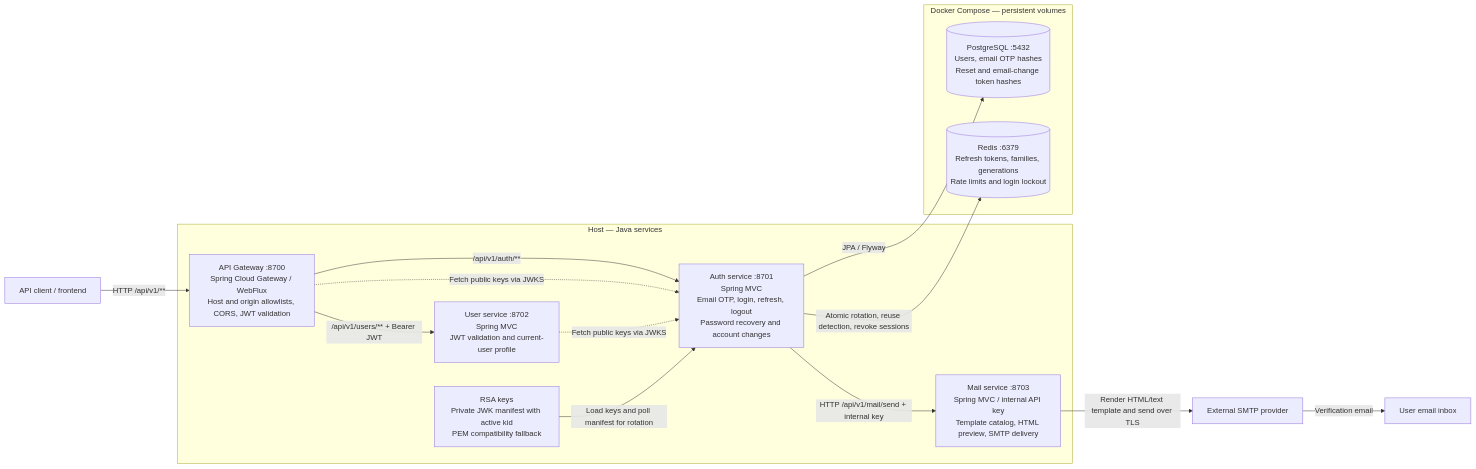
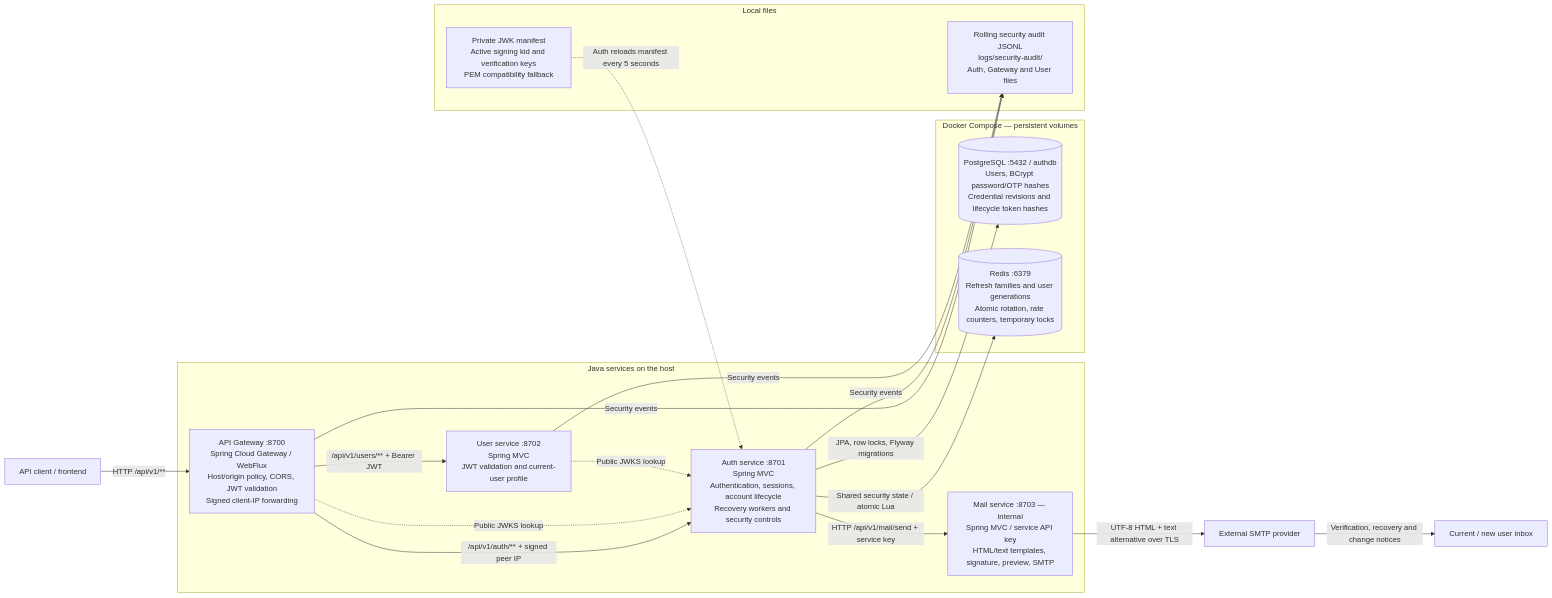
Before and after one commit to Sanglm2207/hybrid-auth-platform: the first of 3 diagrams in README.md, drawn with Mermaid. The commit also changed other lines of this file, not shown here.

Commit message:
docs: update architecture diagrams for mail, security and account lifecycle

````diff
--- a/README.md
+++ b/README.md
@@ -19,32 +19,39 @@
 ```mermaid
 flowchart LR
     client["API client / frontend"]
 
-    subgraph host["Host — Java services"]
-        gateway["API Gateway :8700<br/>Spring Cloud Gateway / WebFlux<br/>Host and origin allowlists, CORS, JWT validation"]
-        auth["Auth service :8701<br/>Spring MVC<br/>Email OTP, login, refresh, logout<br/>Password recovery and account changes"]
+    subgraph services["Java services on the host"]
+        gateway["API Gateway :8700<br/>Spring Cloud Gateway / WebFlux<br/>Host/origin policy, CORS, JWT validation<br/>Signed client-IP forwarding"]
+        auth["Auth service :8701<br/>Spring MVC<br/>Authentication, sessions, account lifecycle<br/>Recovery workers and security controls"]
         user["User service :8702<br/>Spring MVC<br/>JWT validation and current-user profile"]
-        mail["Mail service :8703<br/>Spring MVC / internal API key<br/>Template catalog, HTML preview, SMTP delivery"]
-        keys["RSA keys<br/>Private JWK manifest with active kid<br/>PEM compatibility fallback"]
+        mail["Mail service :8703 — internal<br/>Spring MVC / service API key<br/>HTML/text templates, signature, preview, SMTP"]
     end
 
-    subgraph docker["Docker Compose — persistent volumes"]
-        postgres[("PostgreSQL :5432<br/>Users, email OTP hashes<br/>Reset and email-change token hashes")]
-        redis[("Redis :6379<br/>Refresh tokens, families, generations<br/>Rate limits and login lockout")]
+    subgraph stores["Docker Compose — persistent volumes"]
+        postgres[("PostgreSQL :5432 / authdb<br/>Users, BCrypt password/OTP hashes<br/>Credential revisions and lifecycle token hashes")]
+        redis[("Redis :6379<br/>Refresh families and user generations<br/>Atomic rotation, rate counters, temporary locks")]
+    end
+
+    subgraph files["Local files"]
+        keys["Private JWK manifest<br/>Active signing kid and verification keys<br/>PEM compatibility fallback"]
+        audit["Rolling security audit JSONL<br/>logs/security-audit/<br/>Auth, Gateway and User files"]
     end
 
     smtp["External SMTP provider"]
-    inbox["User email inbox"]
+    inbox["Current / new user inbox"]
 
     client -->|"HTTP /api/v1/**"| gateway
-    gateway -->|"/api/v1/auth/**"| auth
+    gateway -->|"/api/v1/auth/** + signed peer IP"| auth
     gateway -->|"/api/v1/users/** + Bearer JWT"| user
-    gateway -.->|"Fetch public keys via JWKS"| auth
-    user -.->|"Fetch public keys via JWKS"| auth
-    keys -->|"Load keys and poll manifest for rotation"| auth
-    auth -->|"JPA / Flyway"| postgres
-    auth -->|"Atomic rotation, reuse detection, revoke sessions"| redis
-    auth -->|"HTTP /api/v1/mail/send + internal key"| mail
-    mail -->|"Render HTML/text template and send over TLS"| smtp
-    smtp -->|"Verification email"| inbox
+    gateway -.->|"Public JWKS lookup"| auth
+    user -.->|"Public JWKS lookup"| auth
+    keys -.->|"Auth reloads manifest every 5 seconds"| auth
+    auth -->|"JPA, row locks, Flyway migrations"| postgres
+    auth -->|"Shared security state / atomic Lua"| redis
+    auth -->|"HTTP /api/v1/mail/send + service key"| mail
+    mail -->|"UTF-8 HTML + text alternative over TLS"| smtp
+    smtp -->|"Verification, recovery and change notices"| inbox
+    gateway -->|"Security events"| audit
+    auth -->|"Security events"| audit
+    user -->|"Security events"| audit
 ```
````
